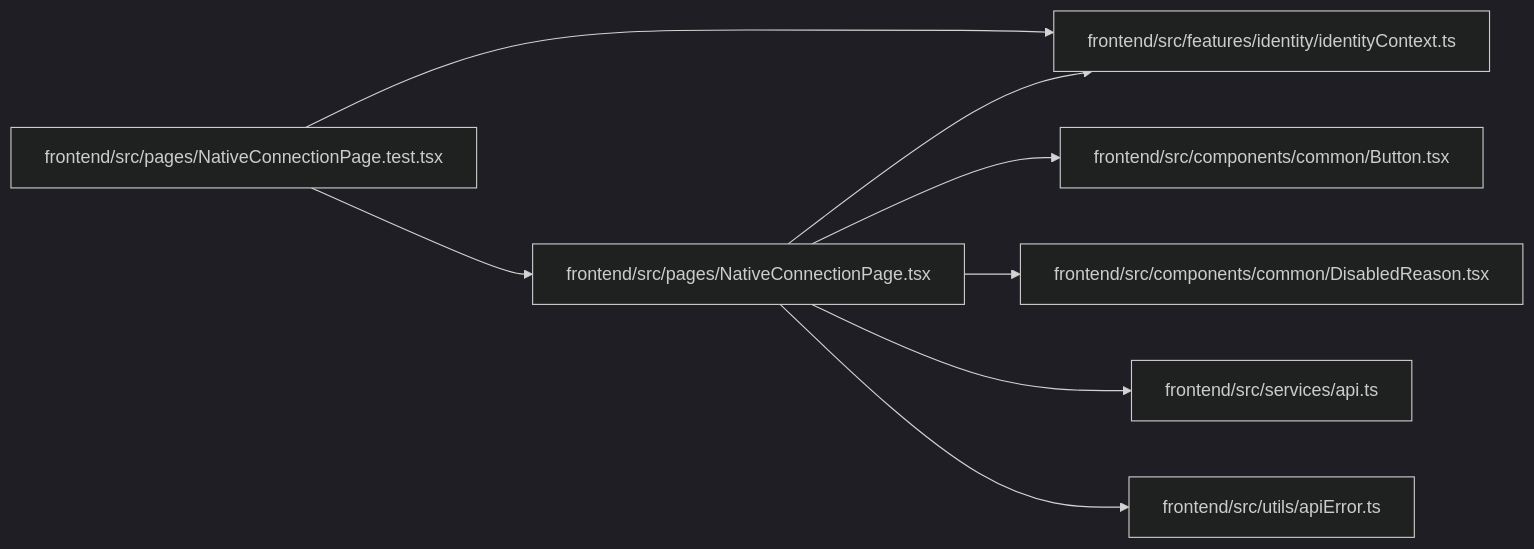
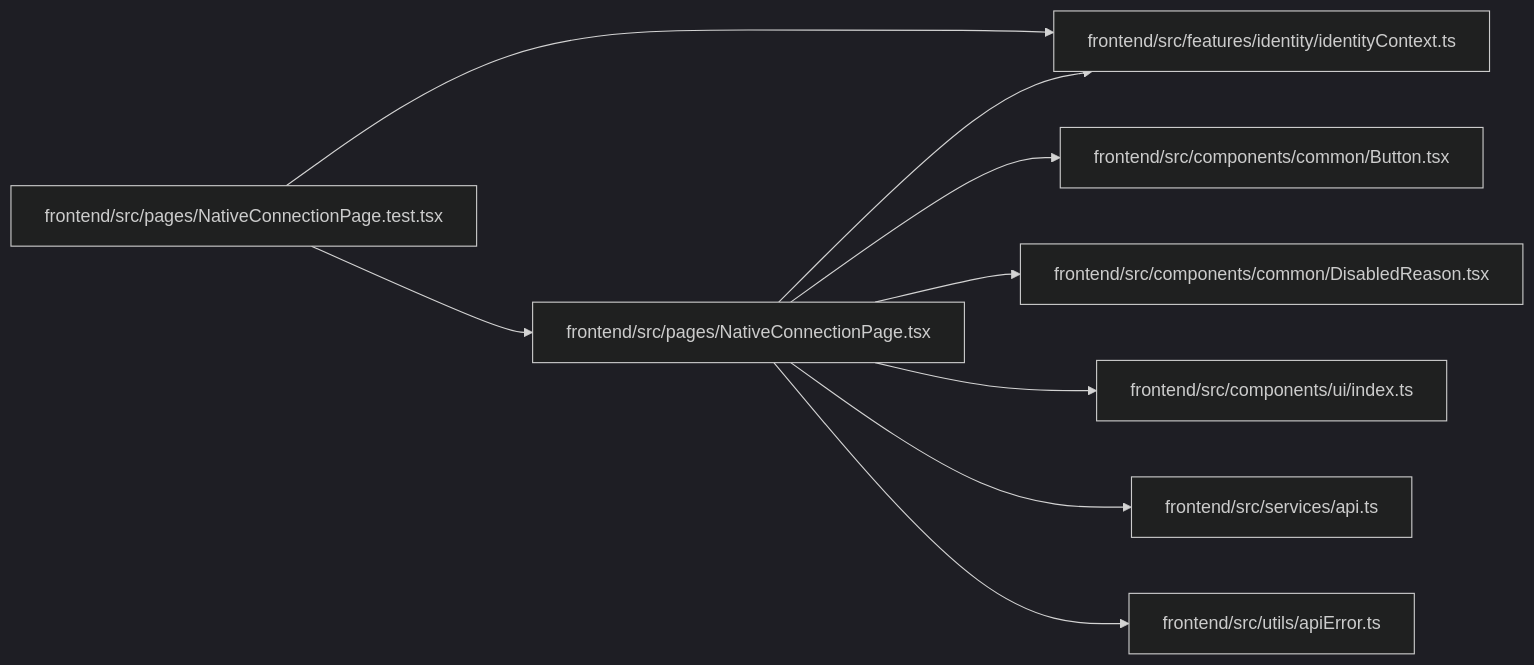
One commit to Denissvgn/WorkChord changed the diagram in docs/llm_wiki/modules/NativeConnectionPage.md. Above: the diagram before and after it, drawn with Mermaid (dark theme). The commit also changed other lines of this file and 2373 other files, not shown here.

````diff
--- a/docs/llm_wiki/modules/NativeConnectionPage.md
+++ b/docs/llm_wiki/modules/NativeConnectionPage.md
@@ -32,24 +33,27 @@
 ```mermaid
 flowchart LR
     n0["frontend/src/components/common/Button.tsx"]
     n1["frontend/src/components/common/DisabledReason.tsx"]
-    n2["frontend/src/features/identity/identityContext.ts"]
-    n3["frontend/src/pages/NativeConnectionPage.test.tsx"]
-    n4["frontend/src/pages/NativeConnectionPage.tsx"]
-    n5["frontend/src/services/api.ts"]
-    n6["frontend/src/utils/apiError.ts"]
-    n3 --> n2
-    n3 --> n4
-    n4 --> n0
-    n4 --> n1
-    n4 --> n2
+    n2["frontend/src/components/ui/index.ts"]
+    n3["frontend/src/features/identity/identityContext.ts"]
+    n4["frontend/src/pages/NativeConnectionPage.test.tsx"]
+    n5["frontend/src/pages/NativeConnectionPage.tsx"]
+    n6["frontend/src/services/api.ts"]
+    n7["frontend/src/utils/apiError.ts"]
+    n4 --> n3
     n4 --> n5
-    n4 --> n6
+    n5 --> n0
+    n5 --> n1
+    n5 --> n2
+    n5 --> n3
+    n5 --> n6
+    n5 --> n7
     click n0 "../modules/Button.md"
     click n1 "../modules/DisabledReason.md"
-    click n2 "../modules/identityContext.md"
-    click n3 "../modules/NativeConnectionPage.test.md"
-    click n4 "../modules/NativeConnectionPage.md"
-    click n5 "../modules/api.md"
-    click n6 "../modules/apiError.md"
+    click n2 "../modules/index.md"
+    click n3 "../modules/identityContext.md"
+    click n4 "../modules/NativeConnectionPage.test.md"
+    click n5 "../modules/NativeConnectionPage.md"
+    click n6 "../modules/api.md"
+    click n7 "../modules/apiError.md"
 ```
````
